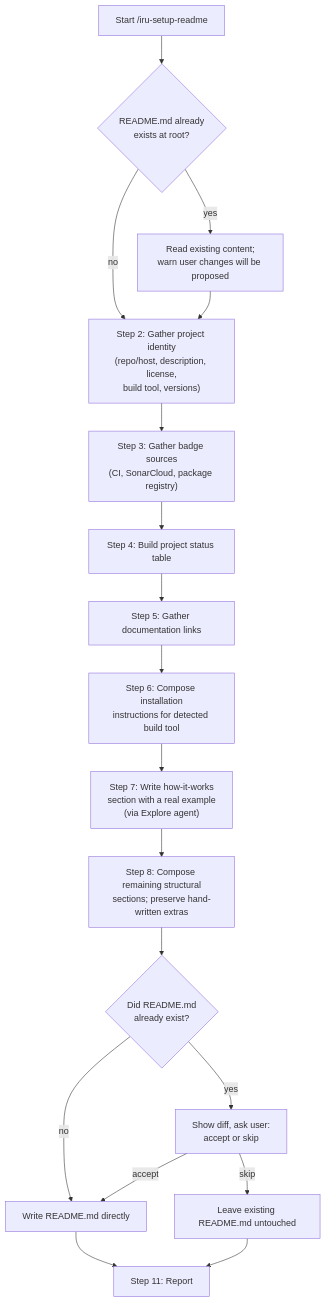
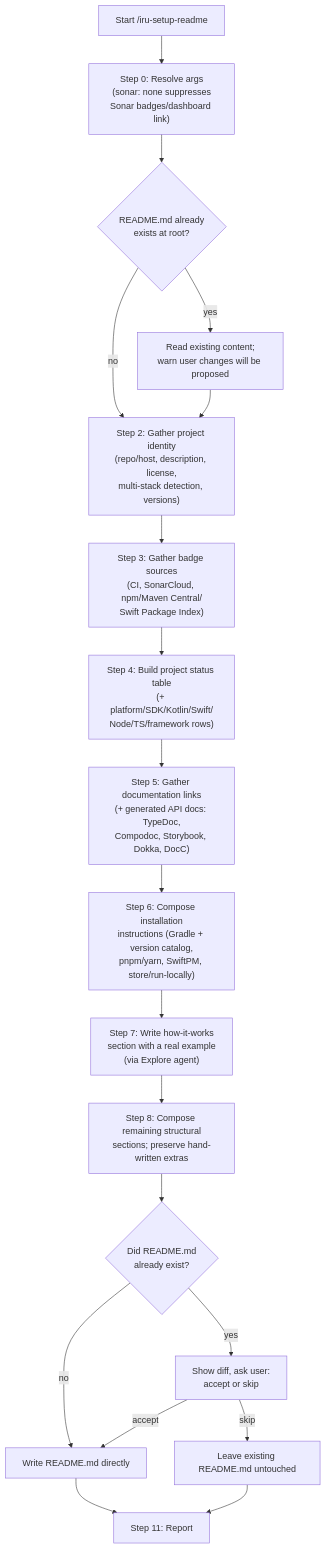
One commit to albertoirurueta/ai-catalog changed the diagram in docs/modules/ROOT/pages/skills/iru-setup-readme.adoc. Above: the diagram before and after it, drawn with Mermaid. The commit also changed other lines of this file and 162 other files, not shown here.

First line of the commit message:
Extend the catalog to TypeScript, Android, Swift and hybrid mobile stacks with an open-source-aware repository setup front door (#6) (#7)

```diff
--- a/docs/modules/ROOT/pages/skills/iru-setup-readme.adoc
+++ b/docs/modules/ROOT/pages/skills/iru-setup-readme.adoc
@@ -64,21 +87,22 @@
 [mermaid]
 ....
 flowchart TD
-    A[Start /iru-setup-readme] --> B{"README.md already\nexists at root?"}
+    A[Start /iru-setup-readme] --> A0["Step 0: Resolve args\n(sonar: none suppresses\nSonar badges/dashboard link)"]
+    A0 --> B{"README.md already\nexists at root?"}
     B -- yes --> C["Read existing content;\nwarn user changes will be proposed"]
     B -- no --> D
-    C --> D["Step 2: Gather project identity\n(repo/host, description, license,\nbuild tool, versions)"]
-    D --> E["Step 3: Gather badge sources\n(CI, SonarCloud, package registry)"]
-    E --> F["Step 4: Build project status table"]
-    F --> G["Step 5: Gather documentation links"]
-    G --> H["Step 6: Compose installation\ninstructions for detected build tool"]
+    C --> D["Step 2: Gather project identity\n(repo/host, description, license,\nmulti-stack detection, versions)"]
+    D --> E["Step 3: Gather badge sources\n(CI, SonarCloud, npm/Maven Central/\nSwift Package Index)"]
+    E --> F["Step 4: Build project status table\n(+ platform/SDK/Kotlin/Swift/\nNode/TS/framework rows)"]
+    F --> G["Step 5: Gather documentation links\n(+ generated API docs: TypeDoc,\nCompodoc, Storybook, Dokka, DocC)"]
+    G --> H["Step 6: Compose installation\ninstructions (Gradle + version catalog,\npnpm/yarn, SwiftPM, store/run-locally)"]
     H --> I["Step 7: Write how-it-works\nsection with a real example\n(via Explore agent)"]
     I --> J["Step 8: Compose remaining structural\nsections; preserve hand-written extras"]
     J --> K{"Did README.md\nalready exist?"}
     K -- no --> L["Write README.md directly"]
     K -- yes --> M["Show diff, ask user:\naccept or skip"]
     M -- accept --> L
     M -- skip --> N["Leave existing README.md untouched"]
     L --> O["Step 11: Report"]
     N --> O
 ....
```
